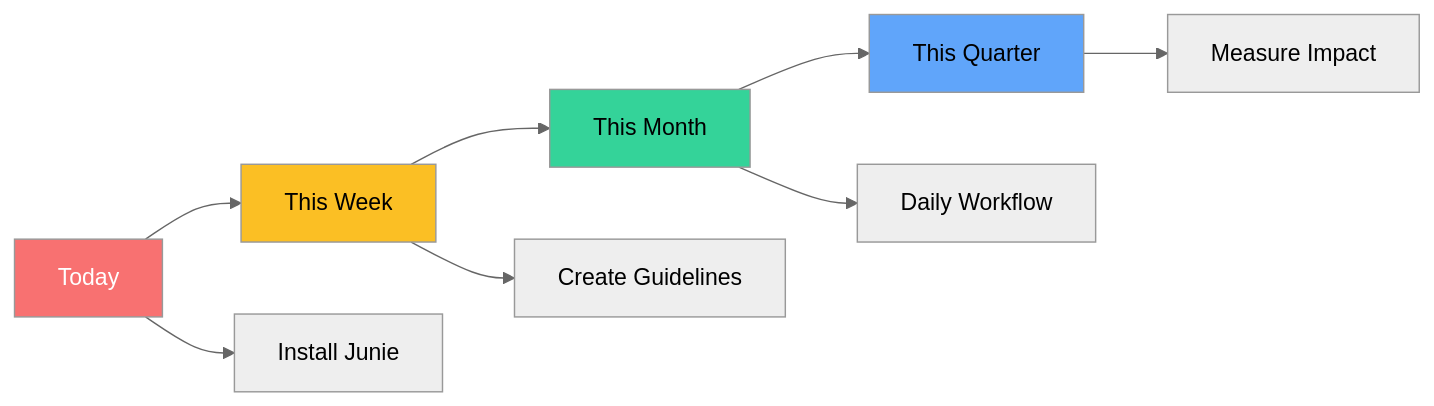
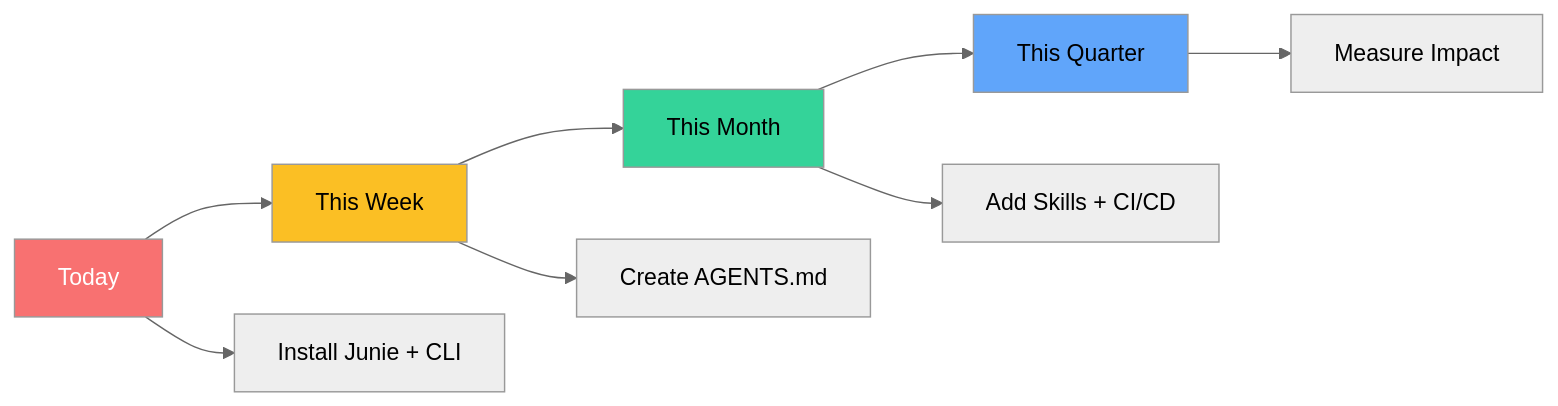
The ninth of 9 diagrams in slides.md (kousen/junie-training), drawn with Mermaid (neutral theme) before and after one commit. The commit also changed other lines of this file and 12 other files, not shown here.

First line of the commit message:
Update materials for Junie March 2026 changes: CLI, AGENTS.md, AI Credits, new models

````diff
--- a/slides.md
+++ b/slides.md
@@ -893,16 +1008,16 @@
 ```mermaid
 graph LR
     A[Today] --> B[This Week]
     B --> C[This Month]
     C --> D[This Quarter]
-    
-    A --> A1[Install Junie]
-    B --> B1[Create Guidelines]
-    C --> C1[Daily Workflow]
+
+    A --> A1[Install Junie + CLI]
+    B --> B1[Create AGENTS.md]
+    C --> C1[Add Skills + CI/CD]
     D --> D1[Measure Impact]
-    
+
     style A fill:#f87171,color:#fff
     style B fill:#fbbf24,color:#000
     style C fill:#34d399,color:#000
     style D fill:#60a5fa,color:#000
 ```
````
